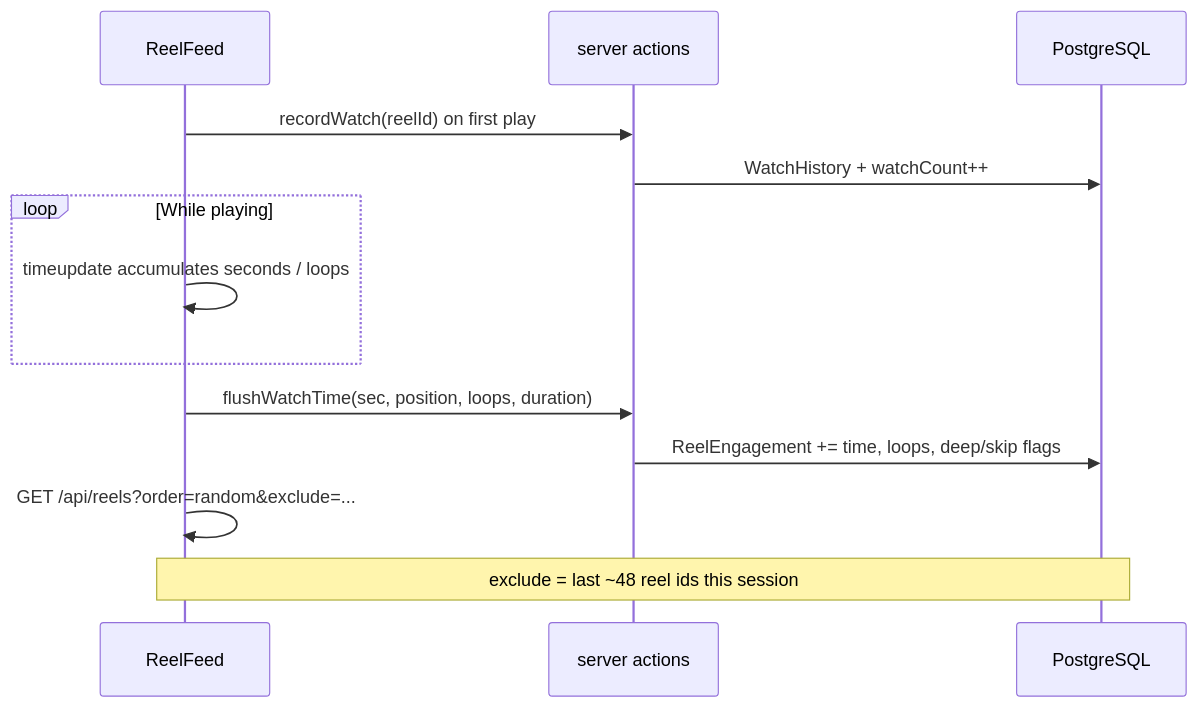
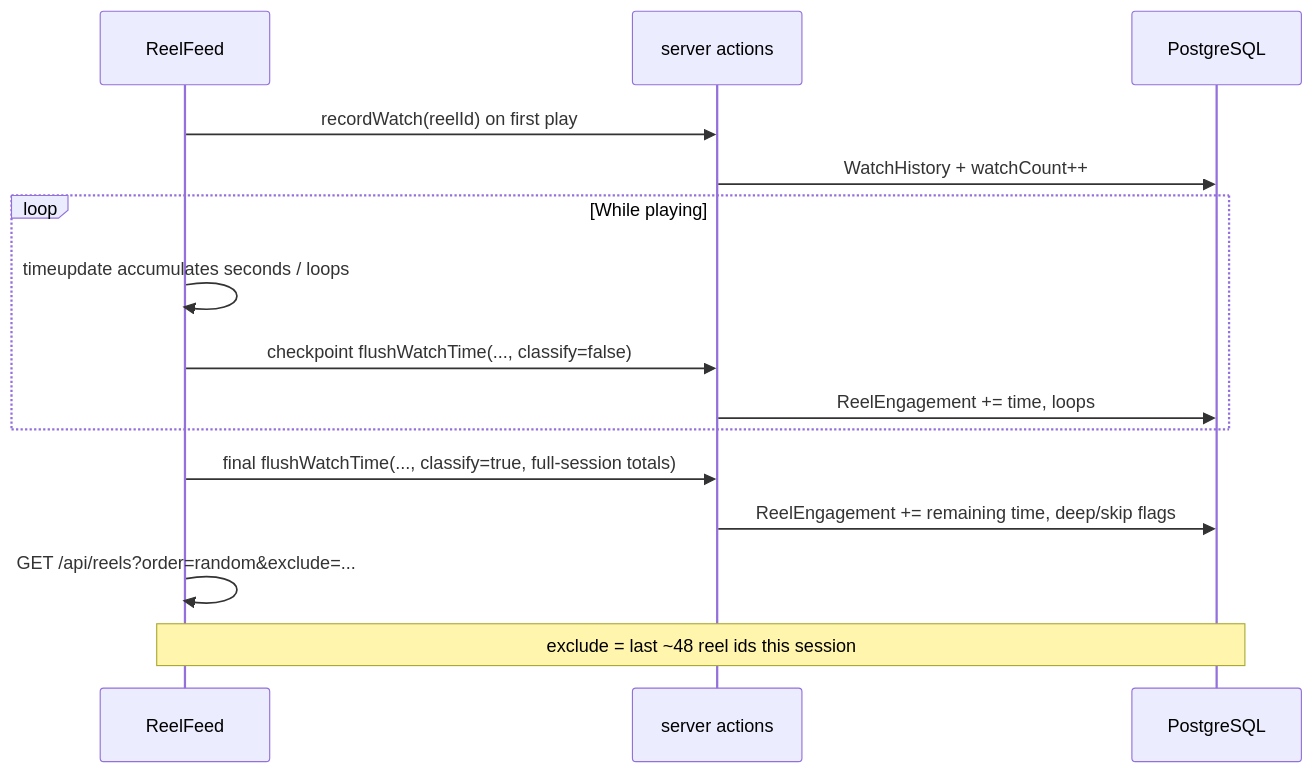
The diagram in docs/FEED_RECOMMENDATIONS.md (ibrahimjspy/insta-like-player), drawn with Mermaid before and after one commit. The commit also changed other lines of this file and 9 other files, not shown here.

````diff
--- a/docs/FEED_RECOMMENDATIONS.md
+++ b/docs/FEED_RECOMMENDATIONS.md
@@ -46,19 +46,21 @@
 ```mermaid
 sequenceDiagram
   participant Player as ReelFeed
   participant Actions as server actions
   participant DB as PostgreSQL
 
   Player->>Actions: recordWatch(reelId) on first play
   Actions->>DB: WatchHistory + watchCount++
 
   loop While playing
     Player->>Player: timeupdate accumulates seconds / loops
+    Player->>Actions: checkpoint flushWatchTime(..., classify=false)
+    Actions->>DB: ReelEngagement += time, loops
   end
 
-  Player->>Actions: flushWatchTime(sec, position, loops, duration)
-  Actions->>DB: ReelEngagement += time, loops, deep/skip flags
+  Player->>Actions: final flushWatchTime(..., classify=true, full-session totals)
+  Actions->>DB: ReelEngagement += remaining time, deep/skip flags
 
   Player->>Player: GET /api/reels?order=random&exclude=...
   Note over Player,DB: exclude = last ~48 reel ids this session
 ```
````
